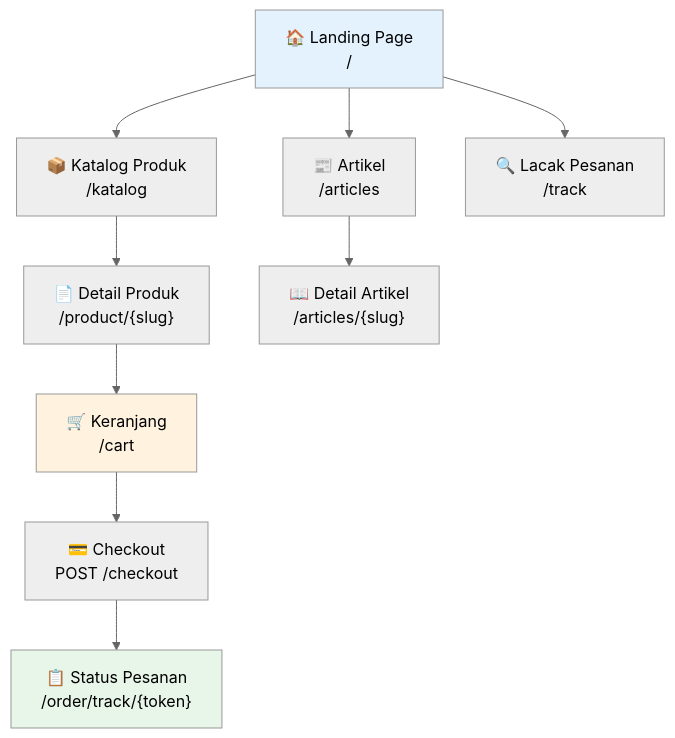
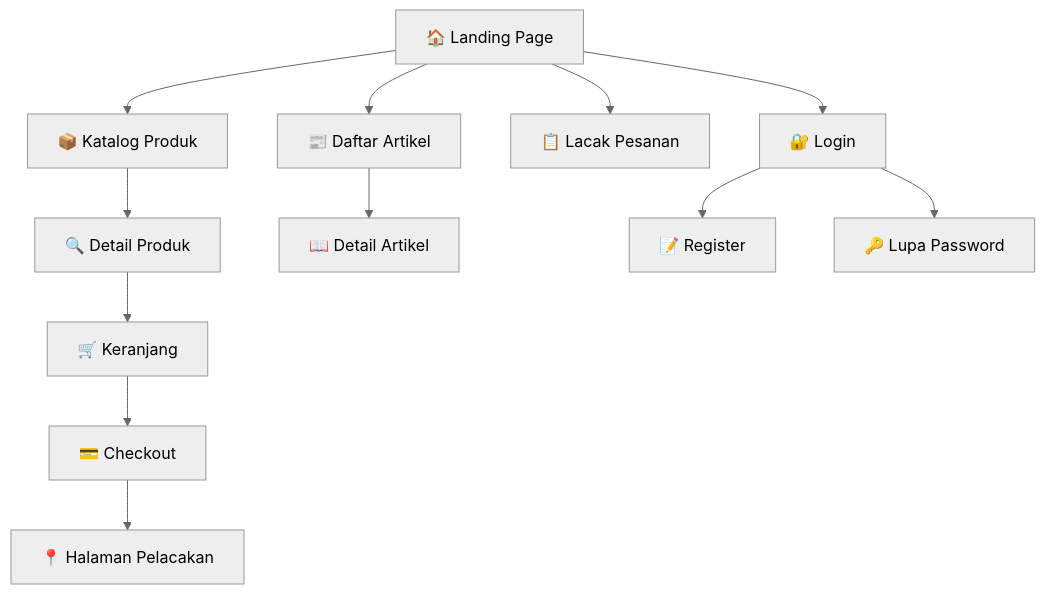
One commit to mustarisyahding07-spec/WEBSITE_SKRIPSI_MUSTARI changed the first of 8 diagrams in docs/PUBLIC_PAGES_GUIDE.md. Above: the diagram before and after it, drawn with Mermaid (neutral theme). The commit also changed other lines of this file and 7 other files, not shown here.

````diff
--- a/docs/PUBLIC_PAGES_GUIDE.md
+++ b/docs/PUBLIC_PAGES_GUIDE.md
@@ -9,19 +24,19 @@
 ```mermaid
 graph TD
-    Home["🏠 Landing Page<br/>/"]
+    Home[🏠 Landing Page]
     
-    Home --> Katalog["📦 Katalog Produk<br/>/katalog"]
-    Home --> Articles["📰 Artikel<br/>/articles"]
-    Home --> Track["🔍 Lacak Pesanan<br/>/track"]
+    Home --> Catalog[📦 Katalog Produk]
+    Home --> Articles[📰 Daftar Artikel]
+    Home --> Track[📋 Lacak Pesanan]
+    Home --> Login[🔐 Login]
     
-    Katalog --> Detail["📄 Detail Produk<br/>/product/{slug}"]
-    Detail --> Cart["🛒 Keranjang<br/>/cart"]
-    Cart --> Checkout["💳 Checkout<br/>POST /checkout"]
-    Checkout --> TrackOrder["📋 Status Pesanan<br/>/order/track/{token}"]
+    Catalog --> ProductDetail[🔍 Detail Produk]
+    ProductDetail --> Cart[🛒 Keranjang]
+    Cart --> Checkout[💳 Checkout]
+    Checkout --> TrackOrder[📍 Halaman Pelacakan]
     
-    Articles --> ArticleDetail["📖 Detail Artikel<br/>/articles/{slug}"]
+    Articles --> ArticleDetail[📖 Detail Artikel]
     
-    style Home fill:#e3f2fd
-    style Cart fill:#fff3e0
-    style TrackOrder fill:#e8f5e9
+    Login --> Register[📝 Register]
+    Login --> ForgotPW[🔑 Lupa Password]
 ```
````
